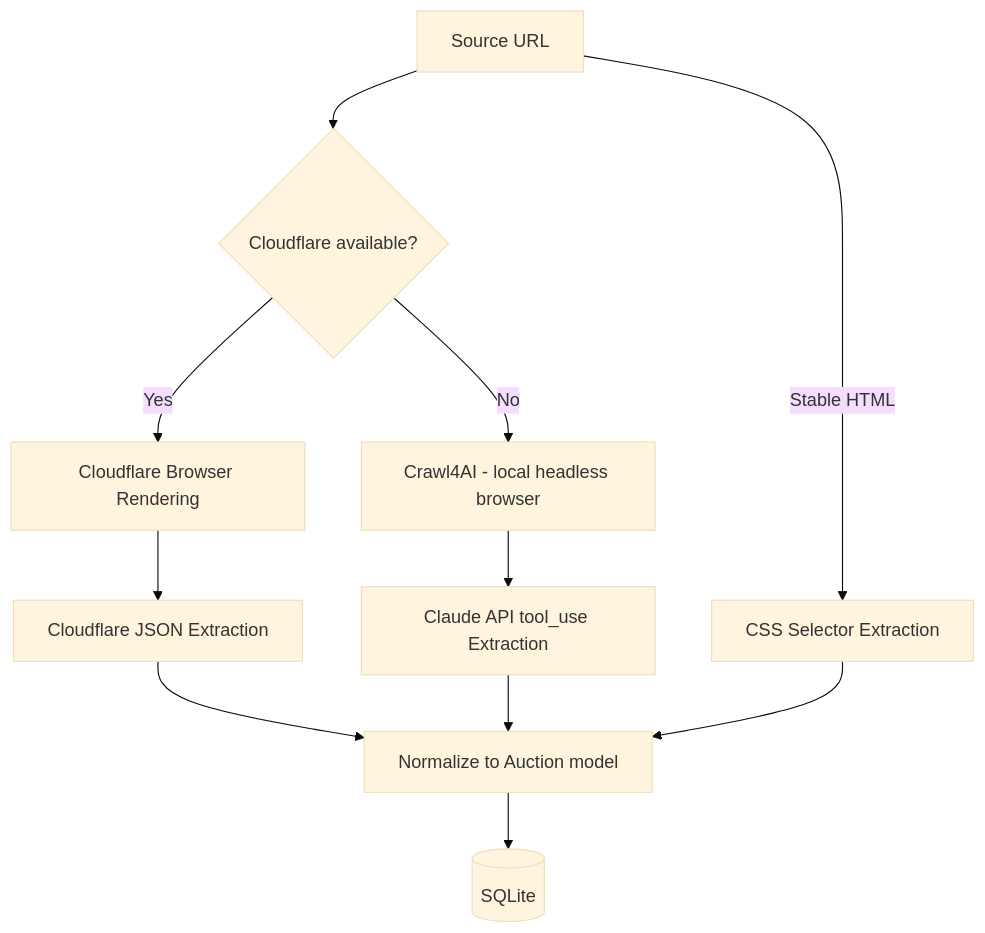
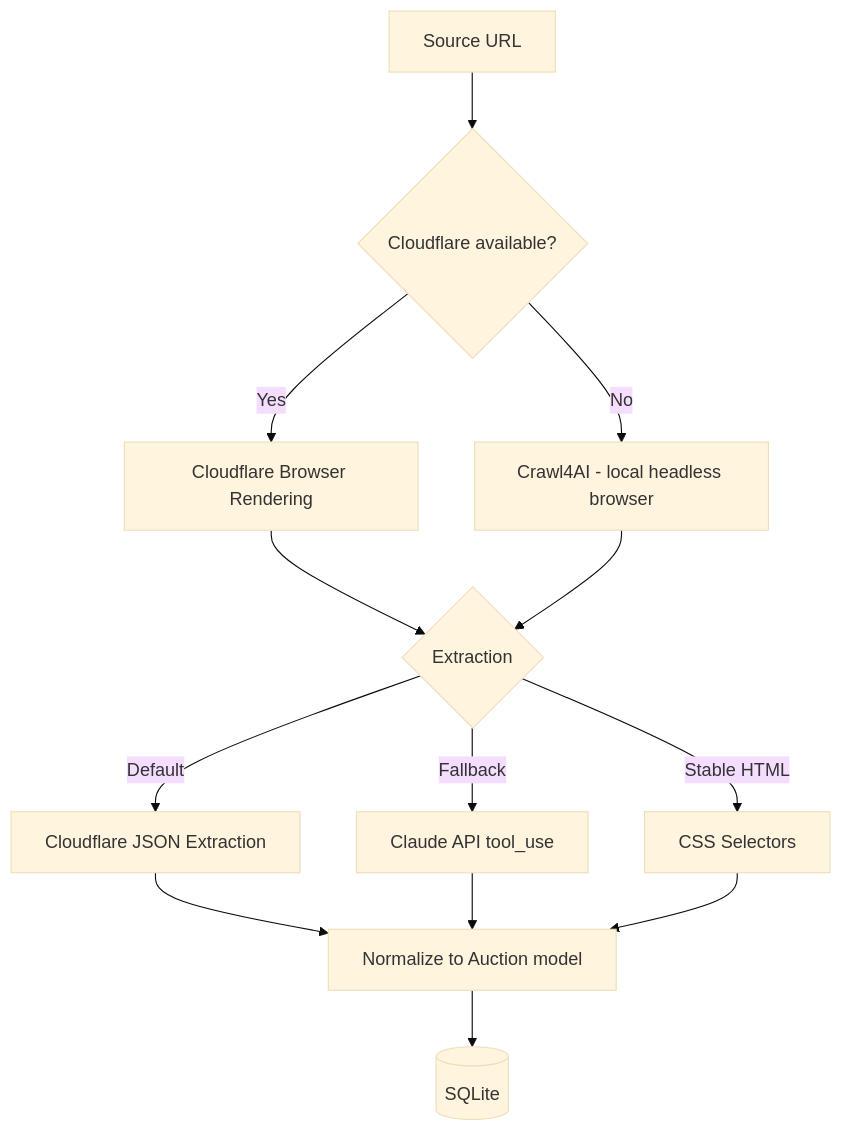
One commit to mretrop/tdc-auction-calendar changed the second of 2 diagrams in README.md. Above: the diagram before and after it, drawn with Mermaid (base theme). The commit also changed other lines of this file and 1 other file, not shown here.

Commit message:
docs: fix review issues in README and CONTRIBUTING
- Add missing county seed fields (fips_code, treasurer_url, timezone)
- Add disclaimer that collector walkthrough is simplified
- Fix RSS --days description to mention --from-date override
- Fix scraping stack diagram to show extraction as post-fetch step

````diff
--- a/README.md
+++ b/README.md
@@ -163,13 +163,15 @@
 ```mermaid
 graph TD
     URL[Source URL] --> CF{Cloudflare available?}
     CF -->|Yes| CFR[Cloudflare Browser Rendering]
     CF -->|No| C4A[Crawl4AI - local headless browser]
-    CFR --> CFE[Cloudflare JSON Extraction]
-    C4A --> LLM[Claude API tool_use Extraction]
-    URL -->|Stable HTML| CSS[CSS Selector Extraction]
+    CFR --> EX{Extraction}
+    C4A --> EX
+    EX -->|Default| CFE[Cloudflare JSON Extraction]
+    EX -->|Fallback| LLM[Claude API tool_use]
+    EX -->|Stable HTML| CSS[CSS Selectors]
     CFE --> N[Normalize to Auction model]
     LLM --> N
     CSS --> N
     N --> DB[(SQLite)]
 ```
````
